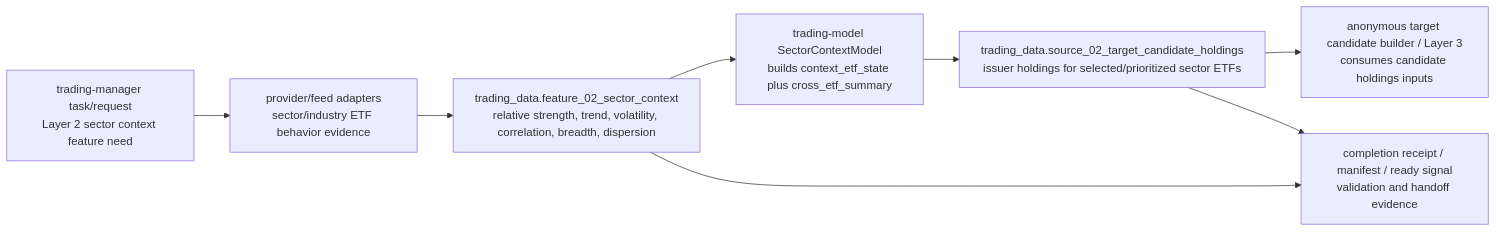
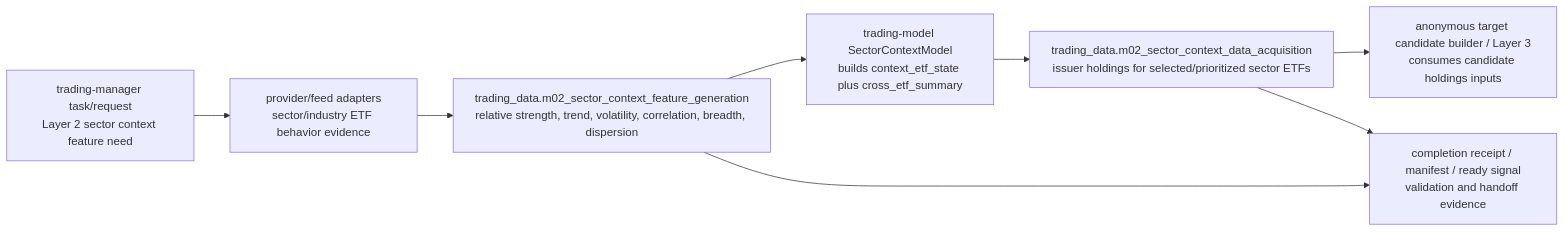
The diagram in docs/11_layer_02_sector_context.md (gilmore307/trading-data), drawn with Mermaid before and after one commit. The commit also changed other lines of this file and 45 other files, not shown here.

````diff
--- a/docs/11_layer_02_sector_context.md
+++ b/docs/11_layer_02_sector_context.md
@@ -37,14 +37,14 @@
 ```mermaid
 flowchart LR
     request["trading-manager task/request<br/>Layer 2 sector context feature need"]
     feeds["provider/feed adapters<br/>sector/industry ETF behavior evidence"]
-    feature["trading_data.feature_02_sector_context<br/>relative strength, trend, volatility, correlation, breadth, dispersion"]
+    feature["trading_data.m02_sector_context_feature_generation<br/>relative strength, trend, volatility, correlation, breadth, dispersion"]
     model["trading-model SectorContextModel<br/>builds context_etf_state plus cross_etf_summary"]
-    candidates["trading_data.source_02_target_candidate_holdings<br/>issuer holdings for selected/prioritized sector ETFs"]
+    candidates["trading_data.m02_sector_context_data_acquisition<br/>issuer holdings for selected/prioritized sector ETFs"]
     downstream["anonymous target candidate builder / Layer 3<br/>consumes candidate holdings inputs"]
     receipt["completion receipt / manifest / ready signal<br/>validation and handoff evidence"]
 
     request --> feeds --> feature --> model --> candidates --> downstream
     feature --> receipt
     candidates --> receipt
 ```
````
